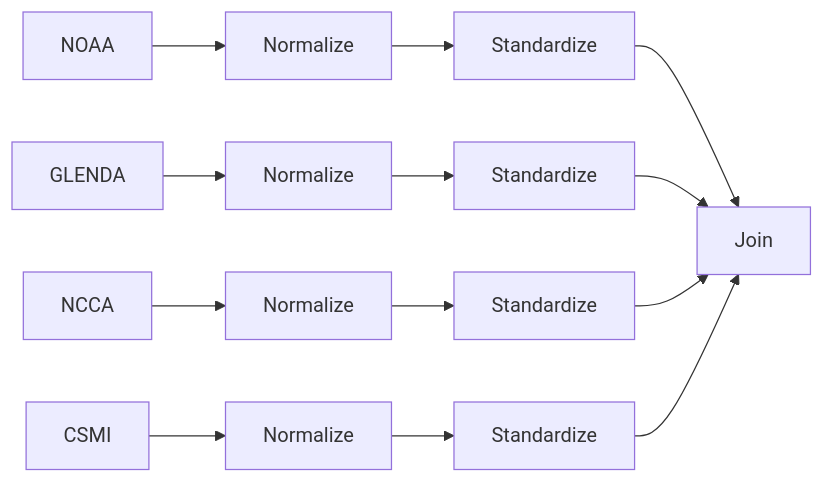
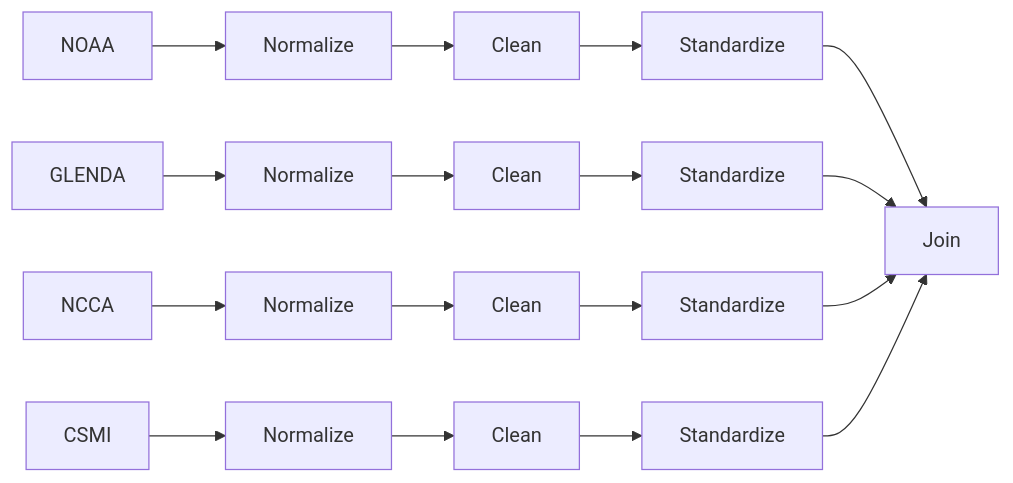
The third of 7 diagrams in docs/presentations/Update180624/Update180624.qmd (USEPA/GLharmonizeR), drawn with Mermaid before and after one commit. The commit also changed other lines of this file and 6 other files, not shown here.

Commit message:
First round of presentation revisions and updated function diagram

````diff
--- a/docs/presentations/Update180624/Update180624.qmd
+++ b/docs/presentations/Update180624/Update180624.qmd
@@ -104,8 +179,7 @@
 ```{mermaid simpleSketch}
 flowchart LR
-  NOAA --> NormNOAA[Normalize] --> StanNOAA[Standardize] --> Join
-  GLENDA --> NormGLENDA[Normalize] --> StanGLENDA[Standardize] --> Join
-  NCCA --> NormNCCA[Normalize] --> StanNCCA[Standardize] --> Join
-  CSMI --> NormCSMI[Normalize] --> StanCSMI[Standardize] --> Join
-  
+  NOAA --> NormNOAA[Normalize] --> cleanNOAA[Clean] --> StanNOAA[Standardize] --> Join
+  GLENDA --> NormGLENDA[Normalize] --> cleanGLENDA[Clean] --> StanGLENDA[Standardize] --> Join
+  NCCA --> NormNCCA[Normalize] --> cleanNCCA[Clean] --> StanNCCA[Standardize] --> Join
+  CSMI --> NormCSMI[Normalize] --> cleanCSMI[Clean] --> StanCSMI[Standardize] --> Join
 ```
````
